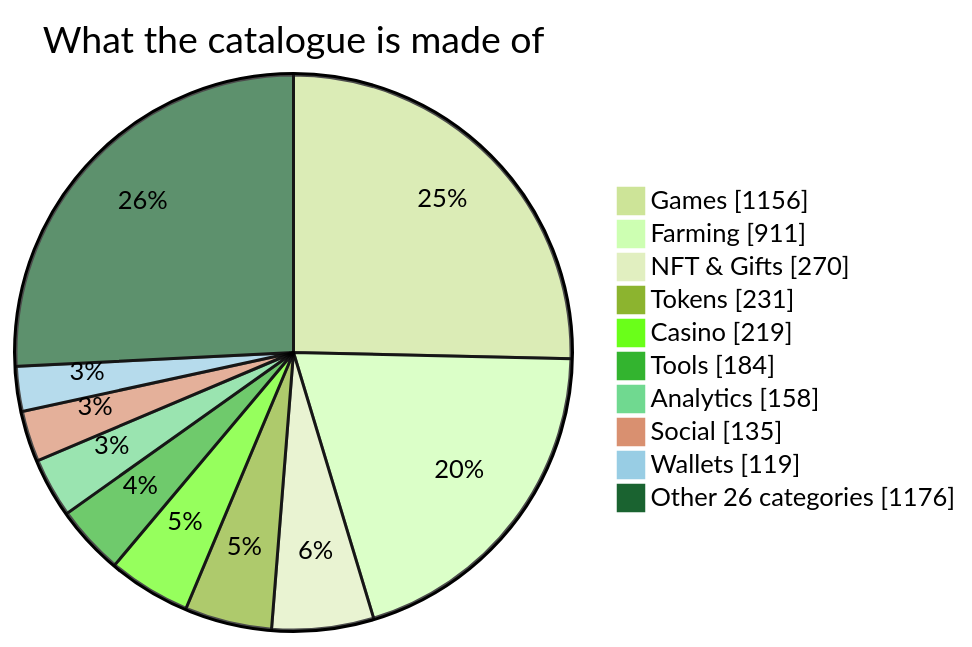
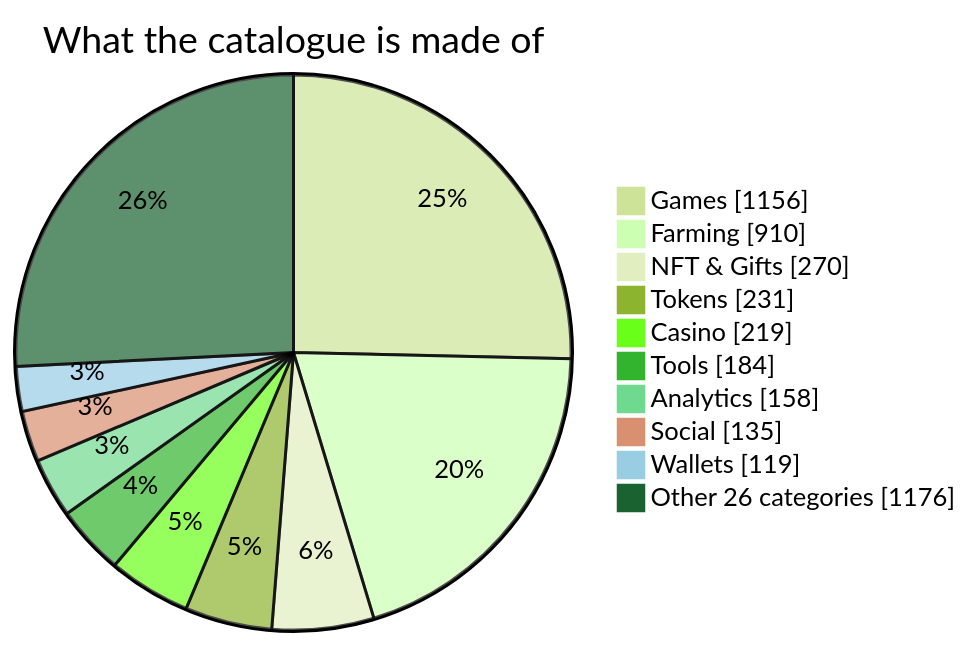
Before and after one commit to vitalikgpt/gram-ecosystem: the first of 4 diagrams in README.md, drawn with Mermaid (forest theme). The commit also changed other lines of this file and 13 other files, not shown here.

````diff
--- a/README.md
+++ b/README.md
@@ -57,14 +59,14 @@
 ```mermaid
 pie showData
   title What the catalogue is made of
   "Games" : 1156
-  "Farming" : 911
+  "Farming" : 910
   "NFT & Gifts" : 270
   "Tokens" : 231
   "Casino" : 219
   "Tools" : 184
   "Analytics" : 158
   "Social" : 135
   "Wallets" : 119
   "Other 26 categories" : 1176
 ```
````
